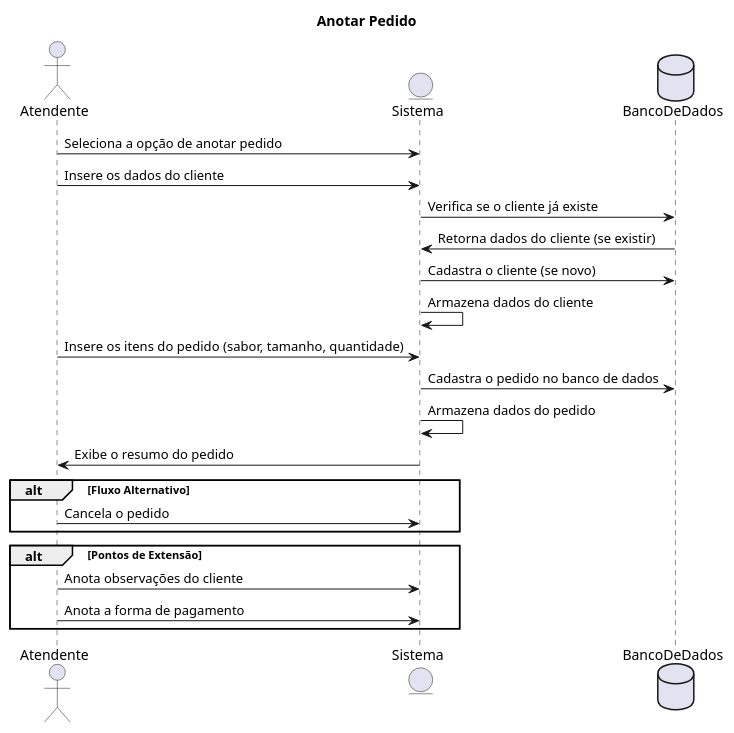
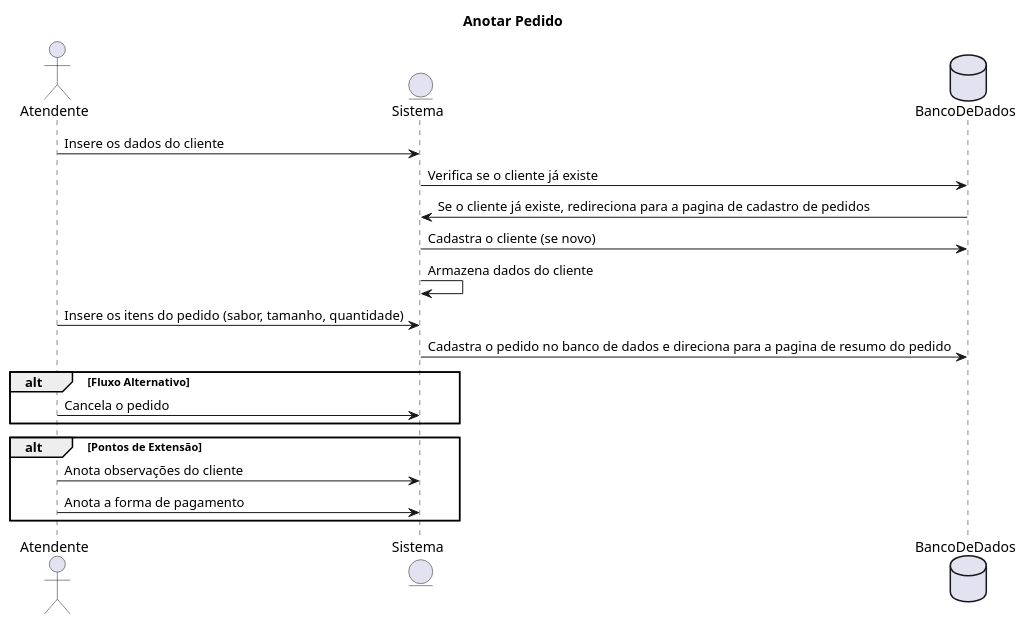
One commit to luiz-david05/trabalho_finalAPS changed the diagram in trabalho_final/diagrama_sequencia/anota_pedido.puml. Above: the diagram before and after it, drawn with PlantUML. The commit also changed 11 other files, not shown here.

```diff
--- a/trabalho_final/diagrama_sequencia/anota_pedido.puml
+++ b/trabalho_final/diagrama_sequencia/anota_pedido.puml
@@ -1,27 +1,25 @@
 @startuml Anotar Pedido
 title Anotar Pedido
 actor Atendente
 entity Sistema
 database BancoDeDados
 
-Atendente -> Sistema: Seleciona a opção de anotar pedido
 Atendente -> Sistema: Insere os dados do cliente
 Sistema -> BancoDeDados: Verifica se o cliente já existe
-BancoDeDados -> Sistema: Retorna dados do cliente (se existir)
+BancoDeDados -> Sistema: Se o cliente já existe, redireciona para a pagina de cadastro de pedidos
 Sistema -> BancoDeDados: Cadastra o cliente (se novo)
 Sistema -> Sistema: Armazena dados do cliente
 Atendente -> Sistema: Insere os itens do pedido (sabor, tamanho, quantidade)
-Sistema -> BancoDeDados: Cadastra o pedido no banco de dados
-Sistema -> Sistema: Armazena dados do pedido
-Sistema -> Atendente: Exibe o resumo do pedido
+Sistema -> BancoDeDados: Cadastra o pedido no banco de dados e direciona para a pagina de resumo do pedido
+
 
 alt Fluxo Alternativo
     Atendente -> Sistema: Cancela o pedido
 end
 
 alt Pontos de Extensão
     Atendente -> Sistema: Anota observações do cliente
     Atendente -> Sistema: Anota a forma de pagamento
 end
 
 @enduml
```
